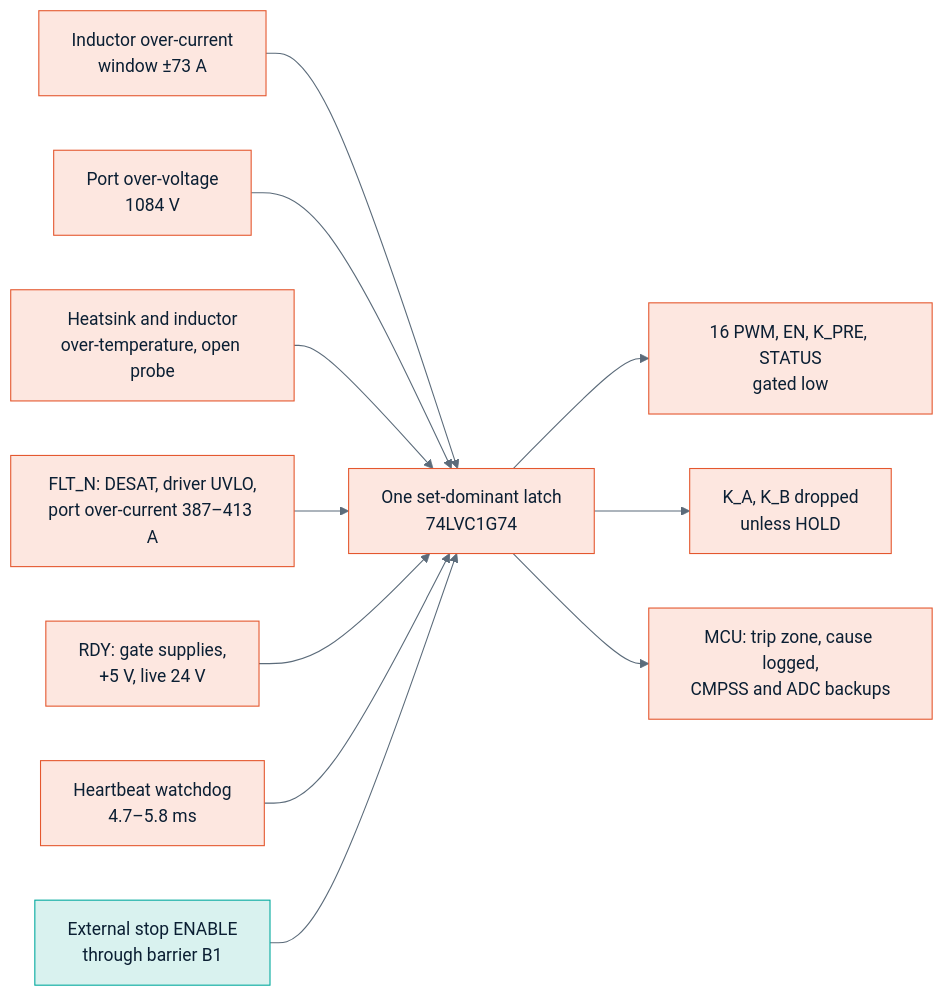
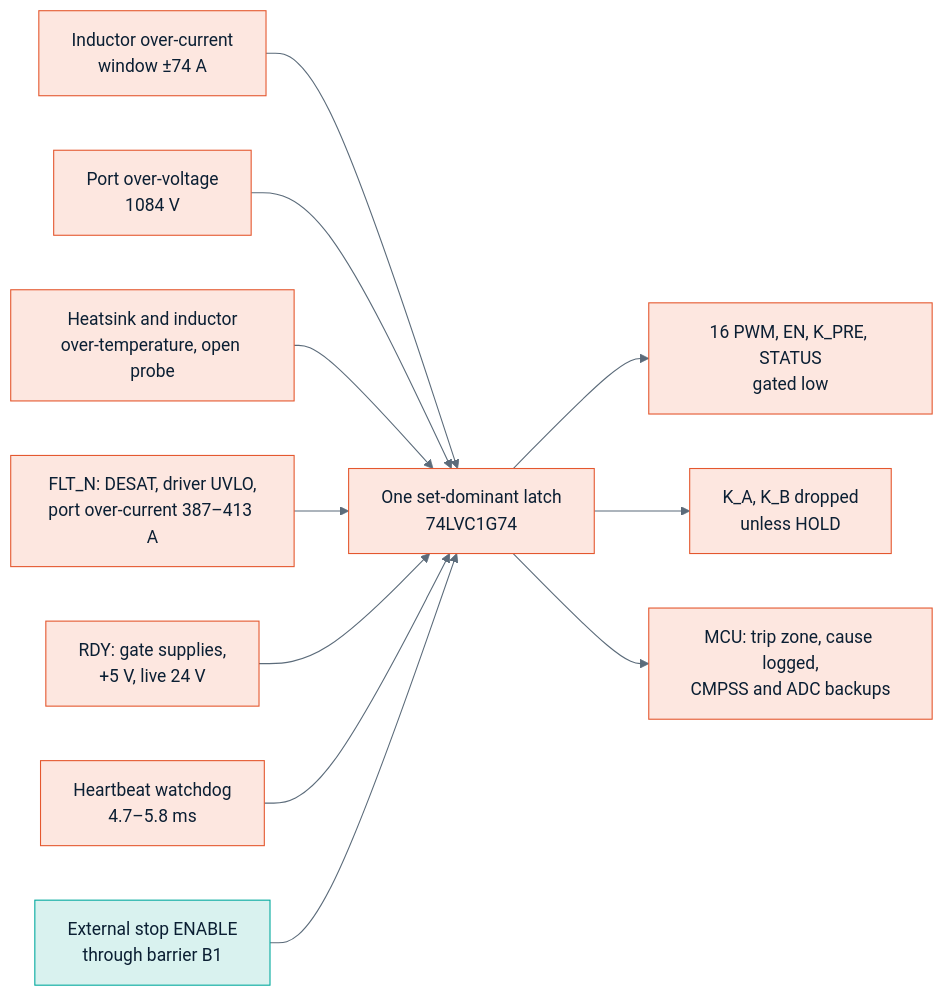
One commit to vectivolt/PCM changed the first of 4 diagrams in docs/guide/04-protection-and-safety.md. Above: the diagram before and after it, drawn with Mermaid. The commit also changed other lines of this file and 161 other files, not shown here.

````diff
--- a/docs/guide/04-protection-and-safety.md
+++ b/docs/guide/04-protection-and-safety.md
@@ -28,27 +28,27 @@
 ```mermaid
 %%{init: {"theme": "base", "themeVariables": {"primaryColor": "#EEF3F7", "primaryBorderColor": "#0B1F33", "primaryTextColor": "#0B1F33", "lineColor": "#5B6B7A", "secondaryColor": "#D9F2EF", "tertiaryColor": "#FFF4D6", "fontFamily": "Inter, Helvetica, Arial, sans-serif"}}}%%
 flowchart LR
-    OC["Inductor over-current<br/>window ±73 A"]:::live
+    OC["Inductor over-current<br/>window ±74 A"]:::live
     OV["Port over-voltage<br/>1084 V"]:::live
     OT["Heatsink and inductor<br/>over-temperature, open probe"]:::live
     FLT["FLT_N: DESAT, driver UVLO,<br/>port over-current 387–413 A"]:::live
     RDY["RDY: gate supplies,<br/>+5 V, live 24 V"]:::live
     WD["Heartbeat watchdog<br/>4.7–5.8 ms"]:::live
     STOP["External stop ENABLE<br/>through barrier B1"]:::selv
     LATCH["One set-dominant latch<br/>74LVC1G74"]:::live
     PWM["16 PWM, EN, K_PRE, STATUS<br/>gated low"]:::live
     K["K_A, K_B dropped<br/>unless HOLD"]:::live
     MCU["MCU: trip zone, cause logged,<br/>CMPSS and ADC backups"]:::live
     OC --> LATCH
     OV --> LATCH
     OT --> LATCH
     FLT --> LATCH
     RDY --> LATCH
     WD --> LATCH
     STOP --> LATCH
     LATCH --> PWM
     LATCH --> K
     LATCH --> MCU
     classDef live fill:#FDE7E0,stroke:#E4572E,color:#0B1F33
     classDef selv fill:#D9F2EF,stroke:#00A99D,color:#0B1F33
 ```
````
